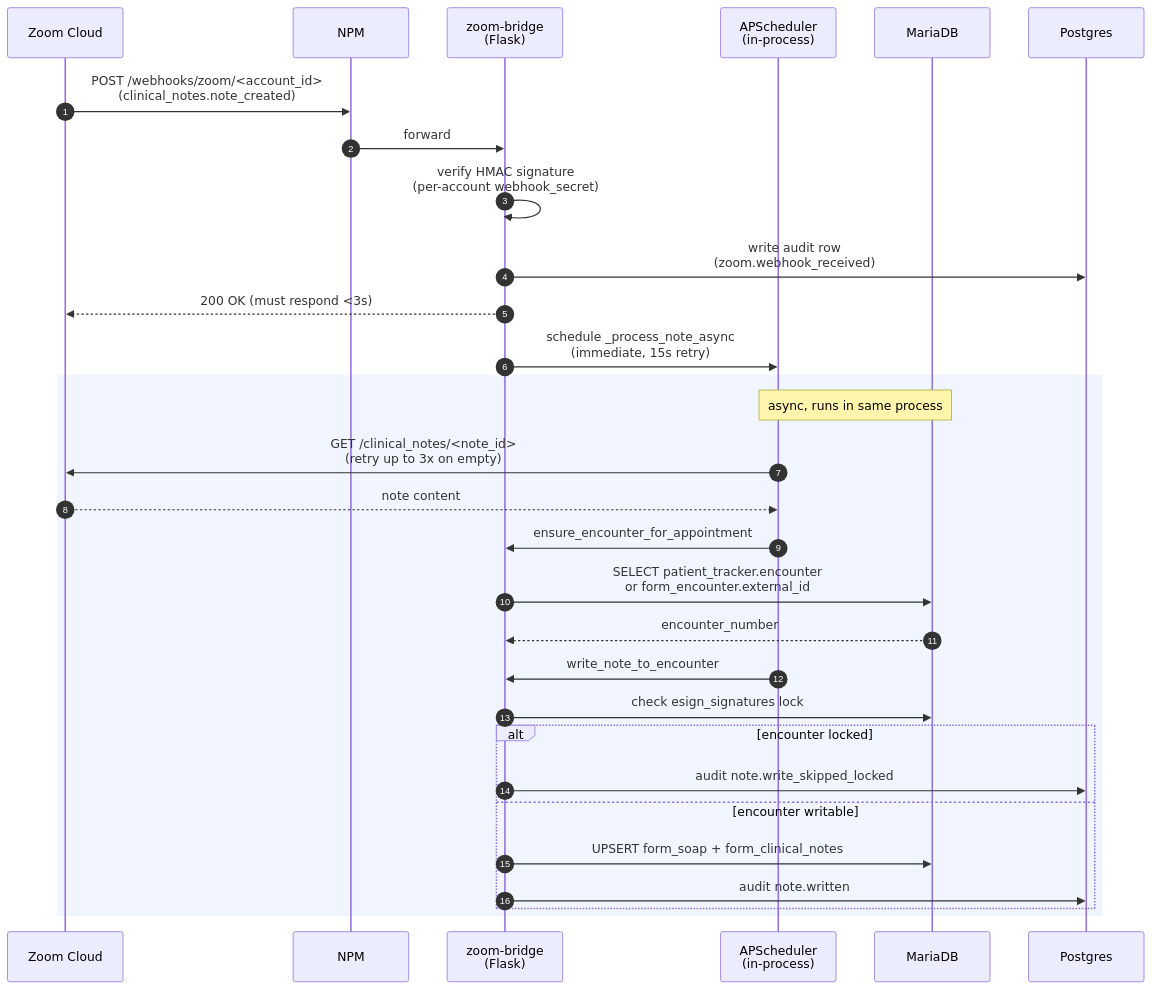
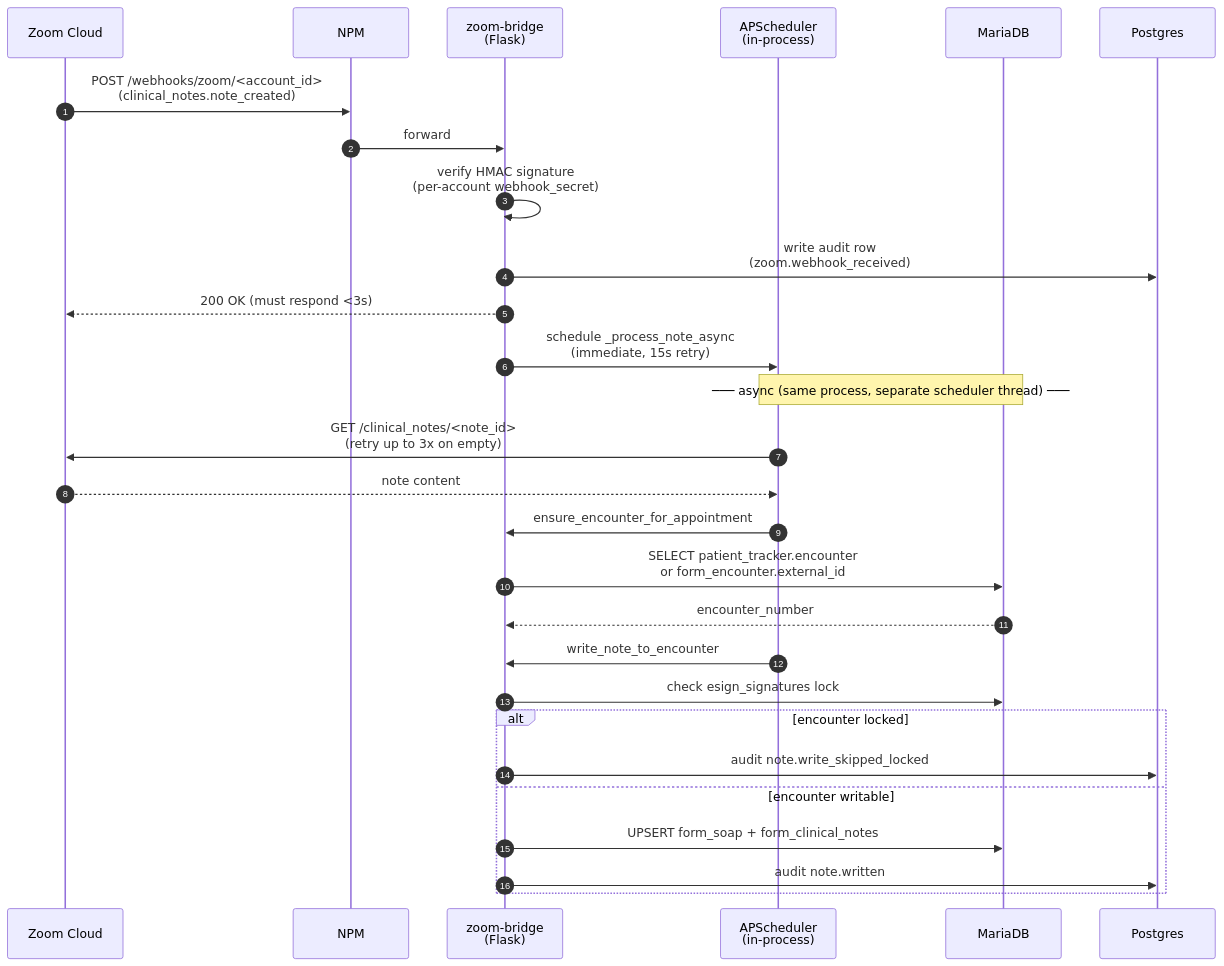
Before and after one commit to PandaBacon21/openemr-zoom-integration: the third of 4 diagrams in ARCHITECTURE.md, drawn with Mermaid. The commit also changed other lines of this file, not shown here.

Commit message:
fix(docs): Update diagram color to be easier to see in dark mode

````diff
--- a/ARCHITECTURE.md
+++ b/ARCHITECTURE.md
@@ -236,34 +236,32 @@
 ```mermaid
 sequenceDiagram
     autonumber
     participant Zoom as Zoom Cloud
     participant NPM
     participant Flask as zoom-bridge<br/>(Flask)
     participant APS as APScheduler<br/>(in-process)
     participant MariaDB
     participant Postgres
 
     Zoom->>NPM: POST /webhooks/zoom/<account_id><br/>(clinical_notes.note_created)
     NPM->>Flask: forward
     Flask->>Flask: verify HMAC signature<br/>(per-account webhook_secret)
     Flask->>Postgres: write audit row<br/>(zoom.webhook_received)
     Flask-->>Zoom: 200 OK (must respond <3s)
     Flask->>APS: schedule _process_note_async<br/>(immediate, 15s retry)
 
-    rect rgb(240, 245, 255)
-    note over APS,MariaDB: async, runs in same process
+    Note over APS,MariaDB: ─── async (same process, separate scheduler thread) ───
     APS->>Zoom: GET /clinical_notes/<note_id><br/>(retry up to 3x on empty)
     Zoom-->>APS: note content
     APS->>Flask: ensure_encounter_for_appointment
     Flask->>MariaDB: SELECT patient_tracker.encounter<br/>or form_encounter.external_id
     MariaDB-->>Flask: encounter_number
     APS->>Flask: write_note_to_encounter
     Flask->>MariaDB: check esign_signatures lock
     alt encounter locked
     Flask->>Postgres: audit note.write_skipped_locked
     else encounter writable
     Flask->>MariaDB: UPSERT form_soap + form_clinical_notes
     Flask->>Postgres: audit note.written
     end
-    end
 ```
````
